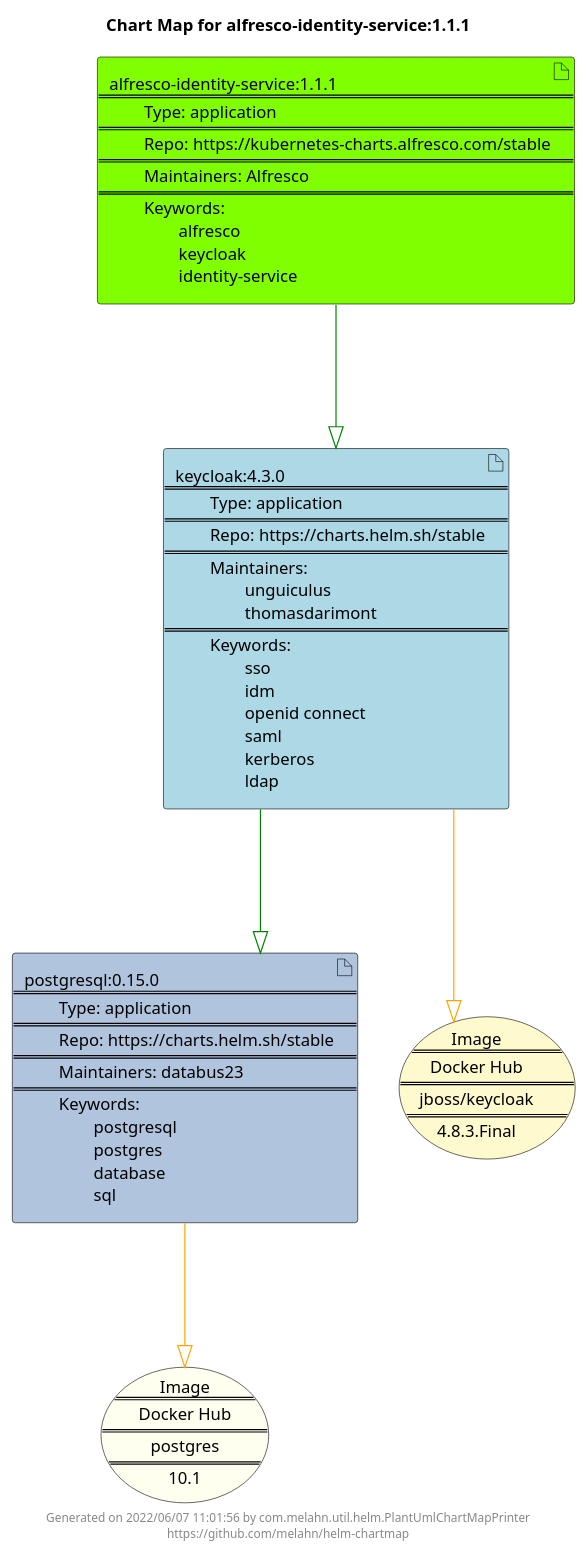
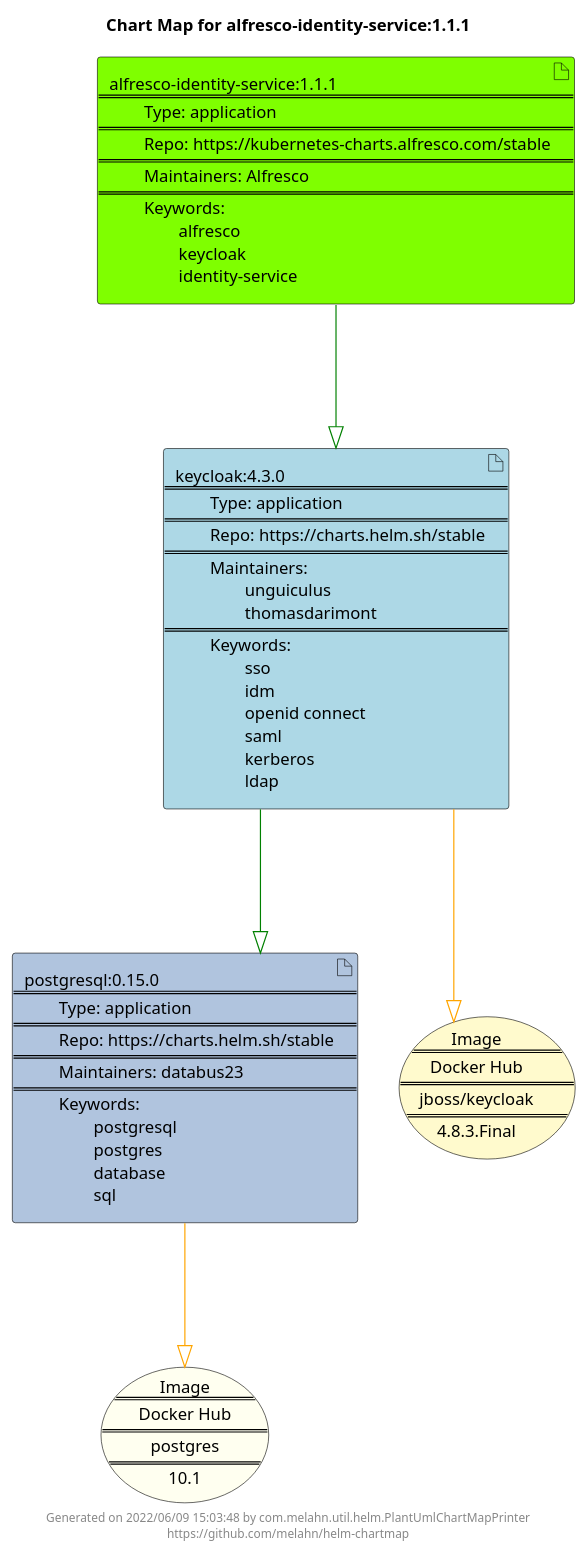
One commit to melahn/helm-chartmap changed the diagram in docs/alfresco-identity-service/alfresco-identity-service-1.1.1.puml. Above: the diagram before and after it, drawn with PlantUML. The commit also changed 60 other files, not shown here.

Commit message:
Update Example Chart Maps as part of GitHub build

```diff
--- a/docs/alfresco-identity-service/alfresco-identity-service-1.1.1.puml
+++ b/docs/alfresco-identity-service/alfresco-identity-service-1.1.1.puml
@@ -1,27 +1,27 @@
 @startuml
 skinparam linetype ortho
 skinparam backgroundColor white
 skinparam usecaseBorderColor black
 skinparam usecaseArrowColor LightSlateGray
 skinparam artifactBorderColor black
 skinparam artifactArrowColor LightSlateGray
 
 title Chart Map for alfresco-identity-service:1.1.1
 
 'There are 3 referenced Helm Charts
 artifact "postgresql:0.15.0\n====\n\tType: application\n====\n\tRepo: https://charts.helm.sh/stable\n====\n\tMaintainers: databus23\n====\n\tKeywords: \n\t\tpostgresql\n\t\tpostgres\n\t\tdatabase\n\t\tsql" as postgresql_0_15_0 #LightSteelBlue
 artifact "alfresco-identity-service:1.1.1\n====\n\tType: application\n====\n\tRepo: https://kubernetes-charts.alfresco.com/stable\n====\n\tMaintainers: Alfresco\n====\n\tKeywords: \n\t\talfresco\n\t\tkeycloak\n\t\tidentity-service" as alfresco_identity_service_1_1_1 #Chartreuse
 artifact "keycloak:4.3.0\n====\n\tType: application\n====\n\tRepo: https://charts.helm.sh/stable\n====\n\tMaintainers: \n\t\tunguiculus\n\t\tthomasdarimont\n====\n\tKeywords: \n\t\tsso\n\t\tidm\n\t\topenid connect\n\t\tsaml\n\t\tkerberos\n\t\tldap" as keycloak_4_3_0 #LightBlue
 
 'There are 2 referenced Docker Images
 usecase "Image\n====\nDocker Hub\n====\npostgres\n====\n10.1" as postgres_10_1 #Ivory
 usecase "Image\n====\nDocker Hub\n====\njboss/keycloak\n====\n4.8.3.Final" as jboss_keycloak_4_8_3_Final #LemonChiffon
 
 'Chart Dependencies
 alfresco_identity_service_1_1_1--[#green]-|>keycloak_4_3_0
 keycloak_4_3_0--[#green]-|>postgresql_0_15_0
 postgresql_0_15_0--[#orange]-|>postgres_10_1
 keycloak_4_3_0--[#orange]-|>jboss_keycloak_4_8_3_Final
 
-center footer Generated on 2022/06/07 11:01:56 by com.melahn.util.helm.PlantUmlChartMapPrinter\nhttps://github.com/melahn/helm-chartmap
+center footer Generated on 2022/06/09 15:03:48 by com.melahn.util.helm.PlantUmlChartMapPrinter\nhttps://github.com/melahn/helm-chartmap
 @enduml
```
